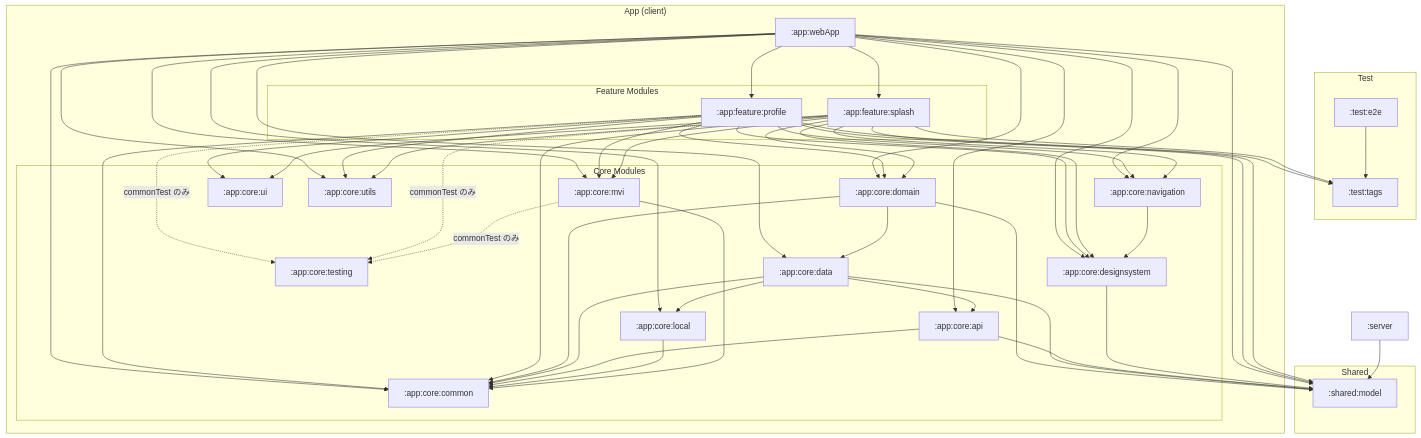
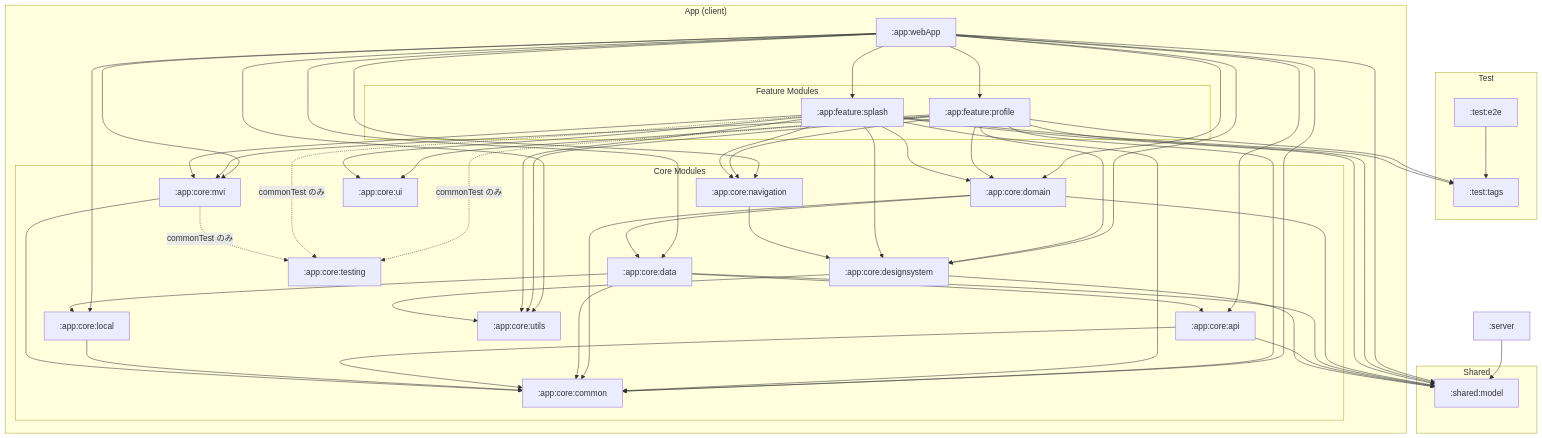
The diagram in docs/ModuleOverview.md (kei-1111/kei-1111.github.io), drawn with Mermaid before and after one commit.

Commit message:
docs: reflect designsystem utils dependency in the module graph
Claude-Session: https://claude.ai/code/session_01RPD2is7BoV9zdKeBruvSMF

````diff
--- a/docs/ModuleOverview.md
+++ b/docs/ModuleOverview.md
@@ -14,54 +14,54 @@
 ```mermaid
 flowchart TB
     subgraph "Shared"
         model[":shared:model"]
     end
 
     subgraph "Test"
         testTags[":test:tags"]
         testE2e[":test:e2e"]
     end
 
     server[":server"]
 
     subgraph "App (client)"
         webApp[":app:webApp"]
 
         subgraph "Feature Modules"
             profile[":app:feature:profile"]
             splash[":app:feature:splash"]
         end
 
         subgraph "Core Modules"
             domain[":app:core:domain"]
             data[":app:core:data"]
             api[":app:core:api"]
             local[":app:core:local"]
             designsystem[":app:core:designsystem"]
             mvi[":app:core:mvi"]
             navigation[":app:core:navigation"]
             testing[":app:core:testing"]
             ui[":app:core:ui"]
             common[":app:core:common"]
             utils[":app:core:utils"]
         end
     end
 
     webApp --> profile & splash
     webApp --> api & common & data & designsystem & domain & local & mvi & navigation & utils & model
 
     profile & splash --> common & designsystem & domain & mvi & navigation & ui & utils & model & testTags
     profile & splash & mvi -. commonTest のみ .-> testing
 
     domain --> common & data & model
     data --> api & common & local & model
     api --> common & model
     local --> common
     mvi --> common
     navigation --> designsystem
-    designsystem --> model
+    designsystem --> model & utils
 
     server --> model
 
     testE2e --> testTags
 ```
````
